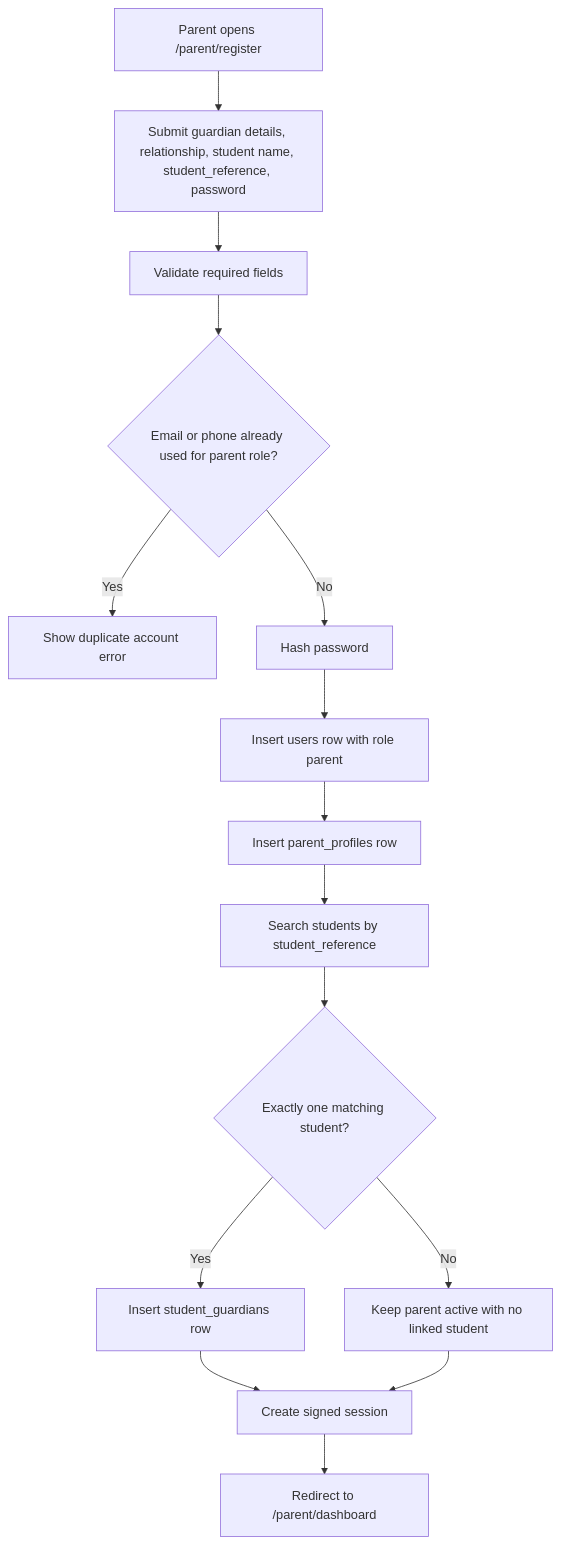
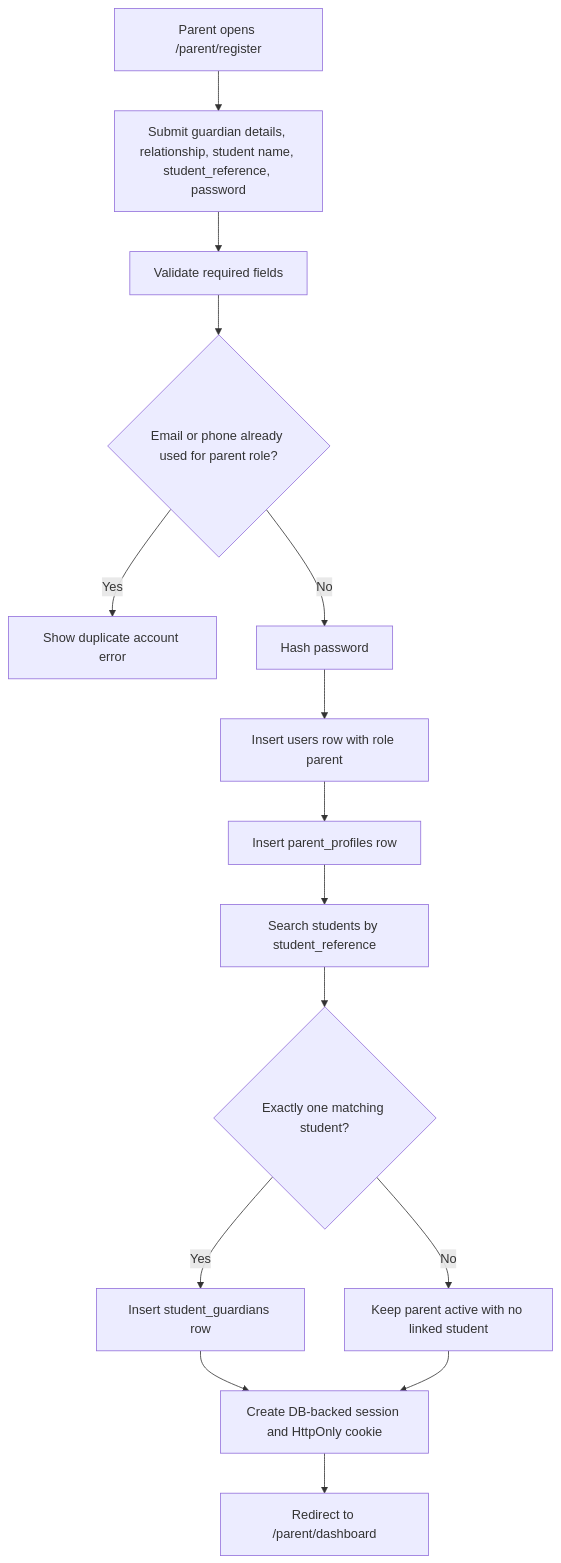
Before and after one commit to Xeyn19/xmetapay: the seventh of 14 diagrams in docs/PROJECT_FLOWCHARTS.md, drawn with Mermaid. The commit also changed other lines of this file and 5 other files, not shown here.

````diff
--- a/docs/PROJECT_FLOWCHARTS.md
+++ b/docs/PROJECT_FLOWCHARTS.md
@@ -232,17 +234,17 @@
 ```mermaid
 flowchart TD
   A["Parent opens /parent/register"] --> B["Submit guardian details, relationship, student name, student_reference, password"]
   B --> C["Validate required fields"]
   C --> D{"Email or phone already used for parent role?"}
   D -->|Yes| E["Show duplicate account error"]
   D -->|No| F["Hash password"]
   F --> G["Insert users row with role parent"]
   G --> H["Insert parent_profiles row"]
   H --> I["Search students by student_reference"]
   I --> J{"Exactly one matching student?"}
   J -->|Yes| K["Insert student_guardians row"]
   J -->|No| L["Keep parent active with no linked student"]
-  K --> M["Create signed session"]
+  K --> M["Create DB-backed session and HttpOnly cookie"]
   L --> M
   M --> N["Redirect to /parent/dashboard"]
 ```
````
